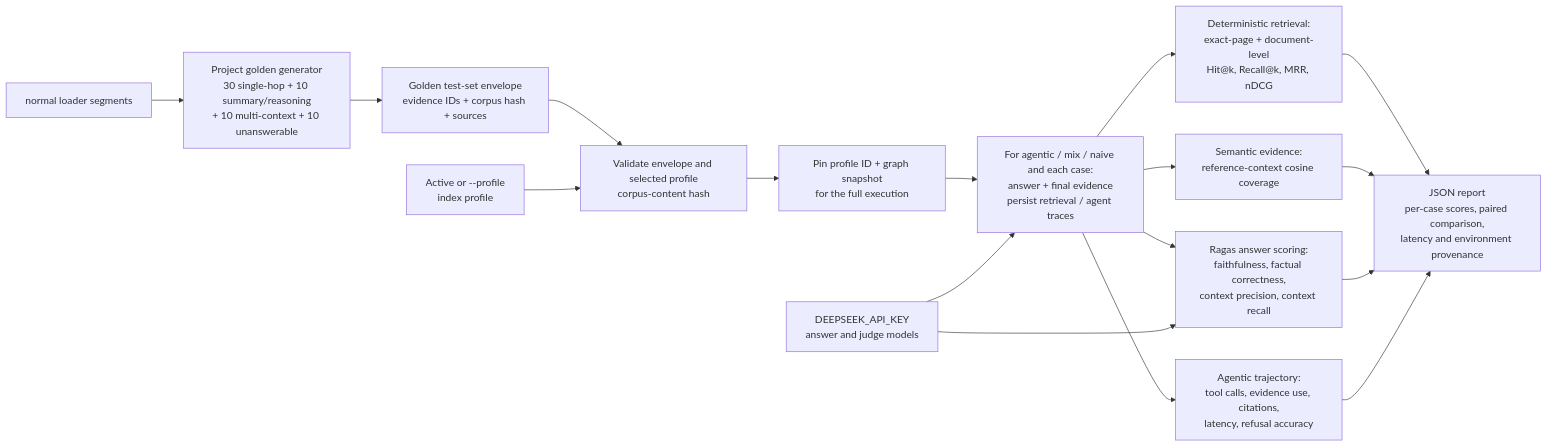
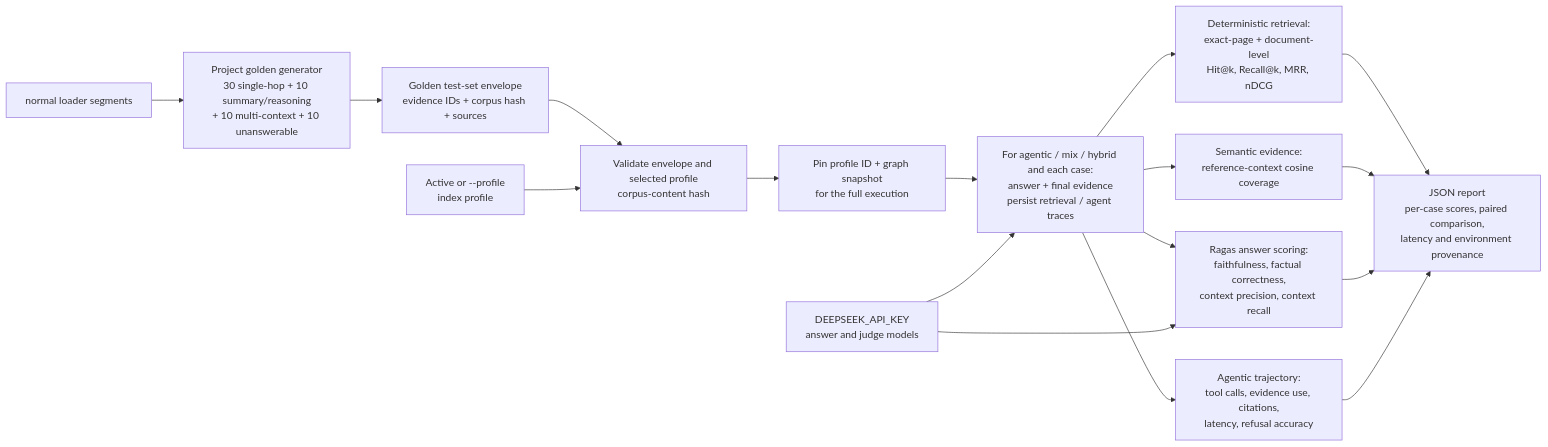
Before and after one commit to asdukw/agentic-rag: the fourth of 4 diagrams in docs/architecture.md, drawn with Mermaid. The commit also changed other lines of this file and 22 other files, not shown here.

````diff
--- a/docs/architecture.md
+++ b/docs/architecture.md
@@ -239,19 +242,19 @@
 ```mermaid
 flowchart LR
     C["normal loader segments"] --> G["Project golden generator\n30 single-hop + 10 summary/reasoning\n+ 10 multi-context + 10 unanswerable"]
     G --> T["Golden test-set envelope\nevidence IDs + corpus hash + sources"]
     T --> V["Validate envelope and selected profile\ncorpus-content hash"]
     P["Active or --profile\nindex profile"] --> V
     V --> Pin["Pin profile ID + graph snapshot\nfor the full execution"]
-    Pin --> Ask["For agentic / mix / naive and each case:\nanswer + final evidence\npersist retrieval / agent traces"]
+    Pin --> Ask["For agentic / mix / hybrid and each case:\nanswer + final evidence\npersist retrieval / agent traces"]
     Ask --> IR["Deterministic retrieval:\nexact-page + document-level\nHit@k, Recall@k, MRR, nDCG"]
     Ask --> Semantic["Semantic evidence:\nreference-context cosine coverage"]
     Ask --> Score["Ragas answer scoring:\nfaithfulness, factual correctness,\ncontext precision, context recall"]
     Ask --> Agent["Agentic trajectory:\ntool calls, evidence use, citations,\nlatency, refusal accuracy"]
     Key["DEEPSEEK_API_KEY\nanswer and judge models"] --> Ask
     Key --> Score
     IR --> R["JSON report\nper-case scores, paired comparison,\nlatency and environment provenance"]
     Semantic --> R
     Score --> R
     Agent --> R
 ```
````
